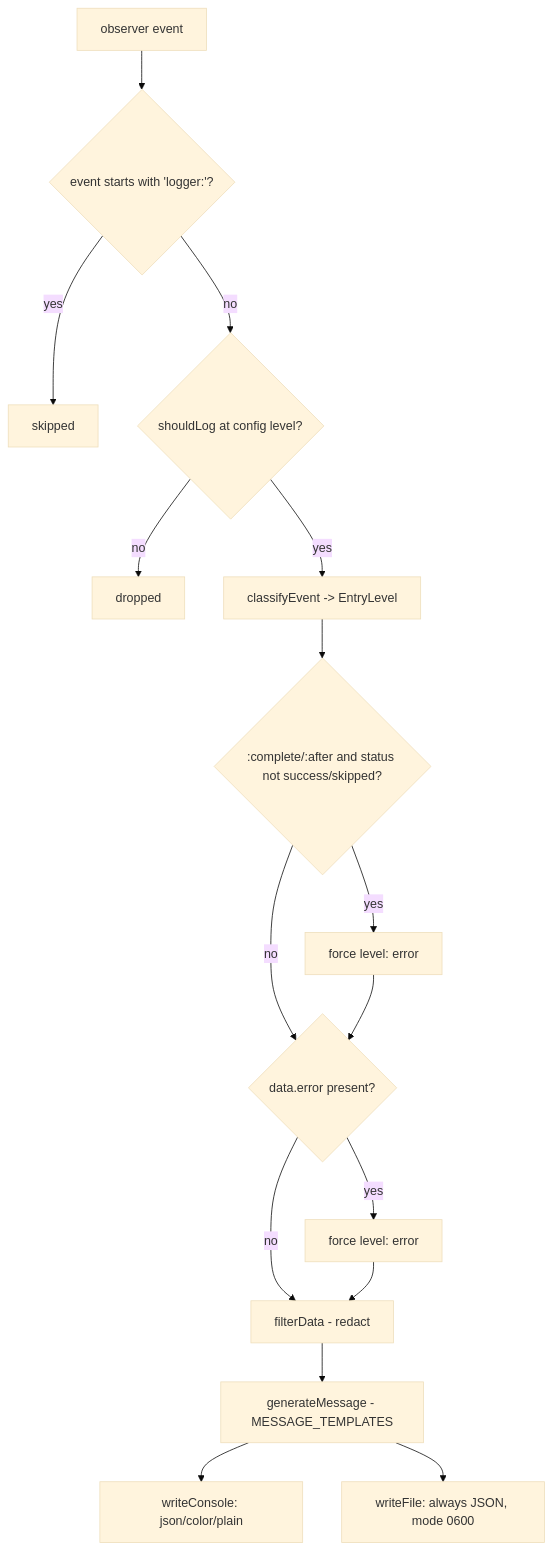
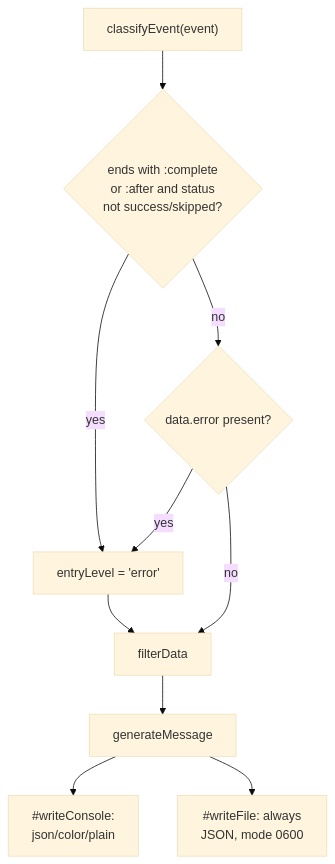
One commit to noormdev/noorm changed the seventh of 7 diagrams in docs/wiki/core-identity.md. Above: the diagram before and after it, drawn with Mermaid (base theme). The commit also changed other lines of this file and 557 other files, not shown here.

````diff
--- a/docs/wiki/core-identity.md
+++ b/docs/wiki/core-identity.md
@@ -85,18 +133,12 @@
 ```mermaid
 flowchart TD
-    A[observer event] --> L{event starts with 'logger:'?}
-    L -->|yes| Z1[skipped]
-    L -->|no| B{shouldLog at config level?}
-    B -->|no| Z2[dropped]
-    B -->|yes| C[classifyEvent -> EntryLevel]
-    C --> D{":complete/:after" and status not success/skipped?}
-    D -->|yes| E[force level: error]
-    D -->|no| F2{data.error present?}
-    E --> F2
-    F2 -->|yes| G[force level: error]
-    F2 -->|no| H[filterData - redact]
-    G --> H
-    H --> I[generateMessage - MESSAGE_TEMPLATES]
-    I --> J["writeConsole: json/color/plain"]
-    I --> K["writeFile: always JSON, mode 0600"]
+    C["classifyEvent(event)"] --> D{"ends with :complete<br/>or :after and status<br/>not success/skipped?"}
+    D -->|yes| E["entryLevel = 'error'"]
+    D -->|no| F{"data.error present?"}
+    E --> G["filterData"]
+    F -->|yes| E
+    F -->|no| G
+    G --> H["generateMessage"]
+    H --> J["#writeConsole:<br/>json/color/plain"]
+    H --> K["#writeFile: always<br/>JSON, mode 0600"]
 ```
````
